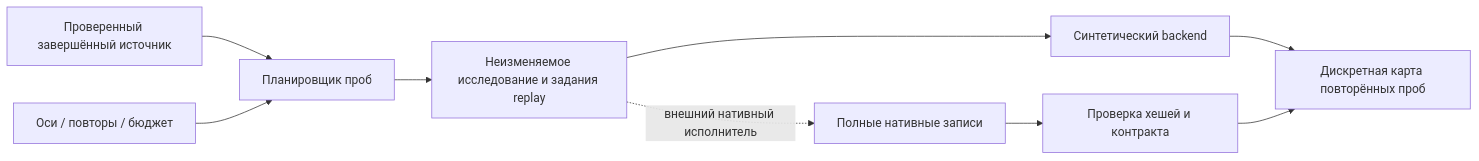
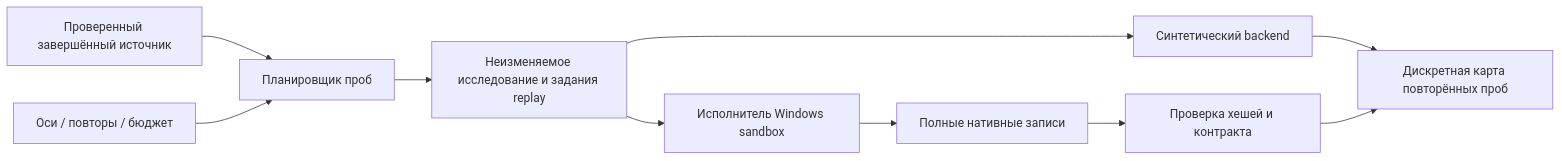
One commit to TheLitis/AXIOM changed the diagram in docs/probe-engineering.ru.md. Above: the diagram before and after it, drawn with Mermaid. The commit also changed other lines of this file and 7 other files, not shown here.

````diff
--- a/docs/probe-engineering.ru.md
+++ b/docs/probe-engineering.ru.md
@@ -9,11 +9,12 @@
 ```mermaid
 flowchart LR
     R[Проверенный завершённый источник] --> P[Планировщик проб]
     S[Оси / повторы / бюджет] --> P
     P --> J[Неизменяемое исследование и задания replay]
     J --> B[Синтетический backend]
-    J -. внешний нативный исполнитель .-> C[Полные нативные записи]
+    J --> E[Исполнитель Windows sandbox]
+    E --> C[Полные нативные записи]
     B --> A[Дискретная карта повторённых проб]
     C --> I[Проверка хешей и контракта]
     I --> A
 ```
````
